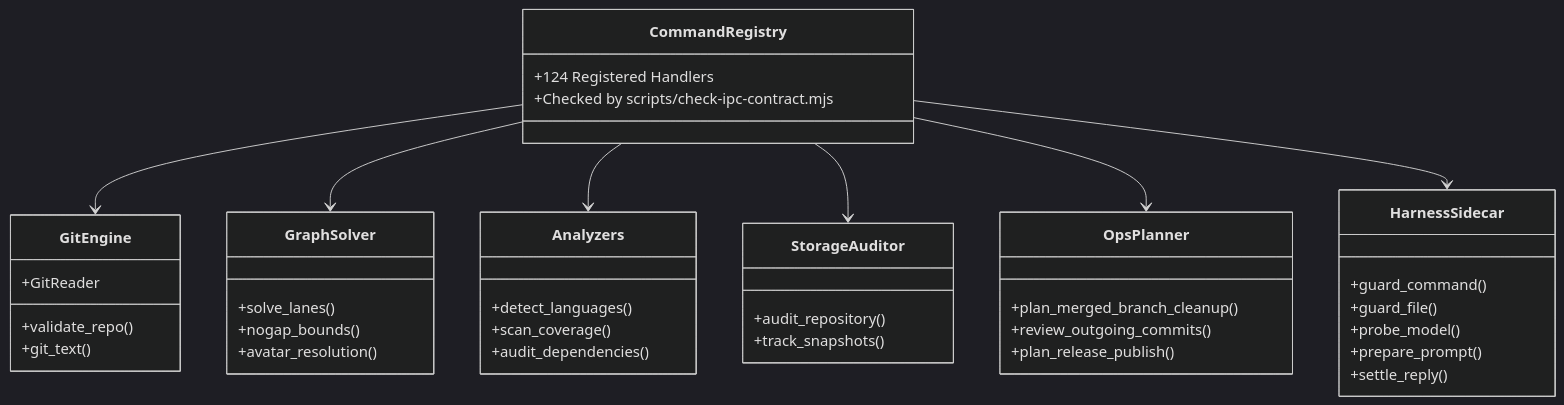
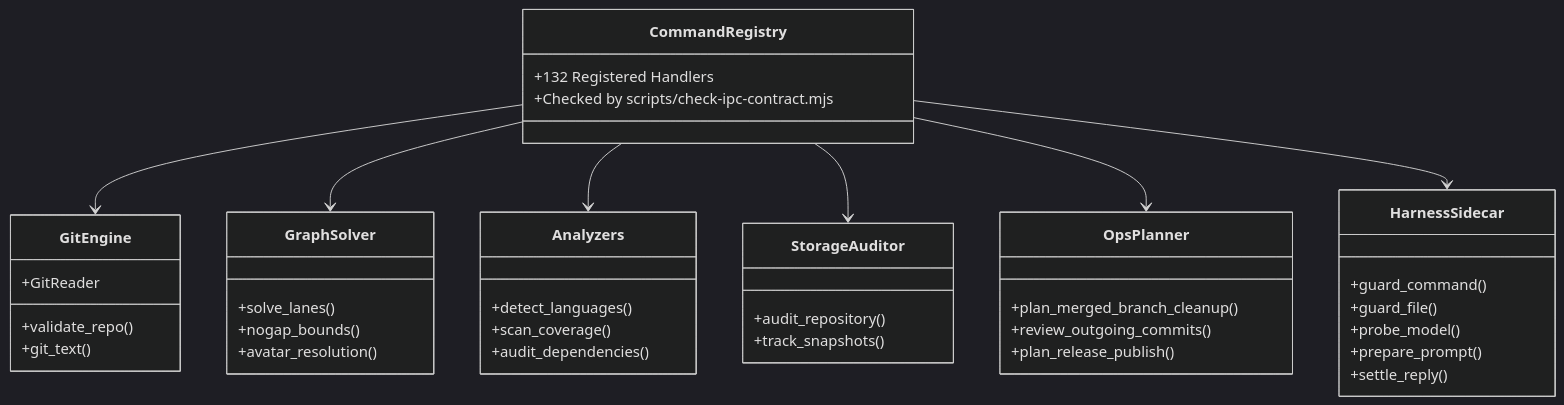
The third of 4 diagrams in docs/ARCHITECTURE.md (bharathvbcr/GitPulse), drawn with Mermaid (dark theme) before and after one commit. The commit also changed other lines of this file and 95 other files, not shown here.

````diff
--- a/docs/ARCHITECTURE.md
+++ b/docs/ARCHITECTURE.md
@@ -96,45 +96,45 @@
 ```mermaid
 classDiagram
     class CommandRegistry {
-        +124 Registered Handlers
+        +132 Registered Handlers
         +Checked by scripts/check-ipc-contract.mjs
     }
     class GitEngine {
         +validate_repo()
         +git_text()
         +GitReader
     }
     class GraphSolver {
         +solve_lanes()
         +nogap_bounds()
         +avatar_resolution()
     }
     class Analyzers {
         +detect_languages()
         +scan_coverage()
         +audit_dependencies()
     }
     class StorageAuditor {
         +audit_repository()
         +track_snapshots()
     }
     class OpsPlanner {
         +plan_merged_branch_cleanup()
         +review_outgoing_commits()
         +plan_release_publish()
     }
     class HarnessSidecar {
         +guard_command()
         +guard_file()
         +probe_model()
         +prepare_prompt()
         +settle_reply()
     }
 
     CommandRegistry --> GitEngine
     CommandRegistry --> GraphSolver
     CommandRegistry --> Analyzers
     CommandRegistry --> StorageAuditor
     CommandRegistry --> OpsPlanner
     CommandRegistry --> HarnessSidecar
 ```
````
